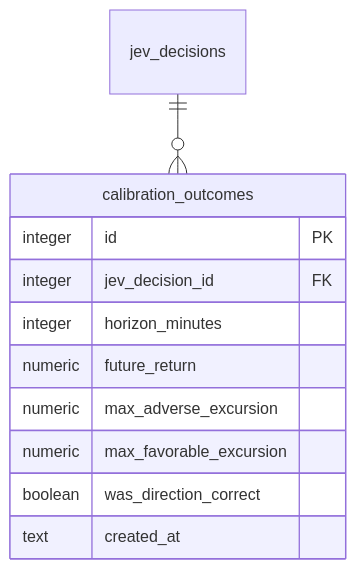
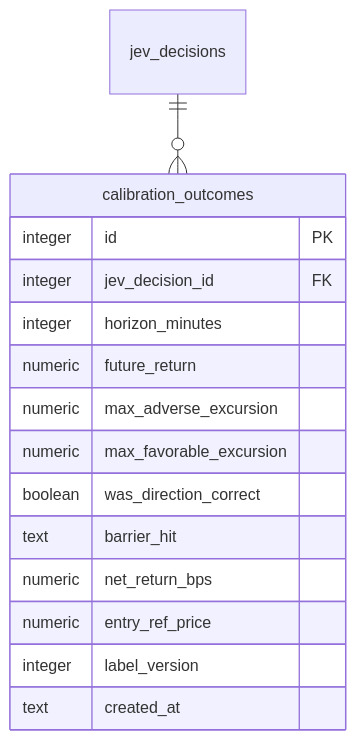
Before and after one commit to ousiassllc/pitha-trador: the third of 6 diagrams in docs/architecture/er/tables-trading.md, drawn with Mermaid. The commit also changed other lines of this file and 8 other files, not shown here.

````diff
--- a/docs/architecture/er/tables-trading.md
+++ b/docs/architecture/er/tables-trading.md
@@ -105,14 +105,18 @@
 ```mermaid
 erDiagram
     jev_decisions ||--o{ calibration_outcomes : ""
     calibration_outcomes {
         integer id PK
         integer jev_decision_id FK
         integer horizon_minutes
         numeric future_return
         numeric max_adverse_excursion
         numeric max_favorable_excursion
         boolean was_direction_correct
+        text barrier_hit
+        numeric net_return_bps
+        numeric entry_ref_price
+        integer label_version
         text created_at
     }
 ```
````
